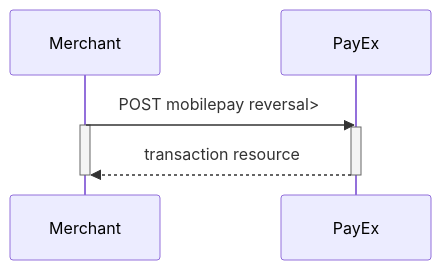
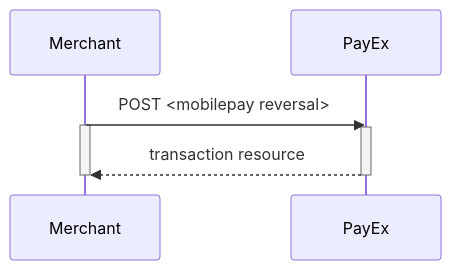
The third of 3 diagrams in payments/mobile-pay/after-payment.md (SwedbankPay/developer.swedbankpay.com), drawn with Mermaid before and after one commit. The commit also changed other lines of this file and 1 other file, not shown here.

Commit message:
DX-259 Update mobile pay with working links

````diff
--- a/payments/mobile-pay/after-payment.md
+++ b/payments/mobile-pay/after-payment.md
@@ -549,9 +549,9 @@
 ```mermaid
 sequenceDiagram
-  Merchant->>PayEx: POST mobilepay reversal>
+  Merchant->>PayEx: POST <mobilepay reversal>
   Activate Merchant
   Activate PayEx
   PayEx-->>Merchant: transaction resource
   Deactivate PayEx
   Deactivate Merchant
 ```
````
